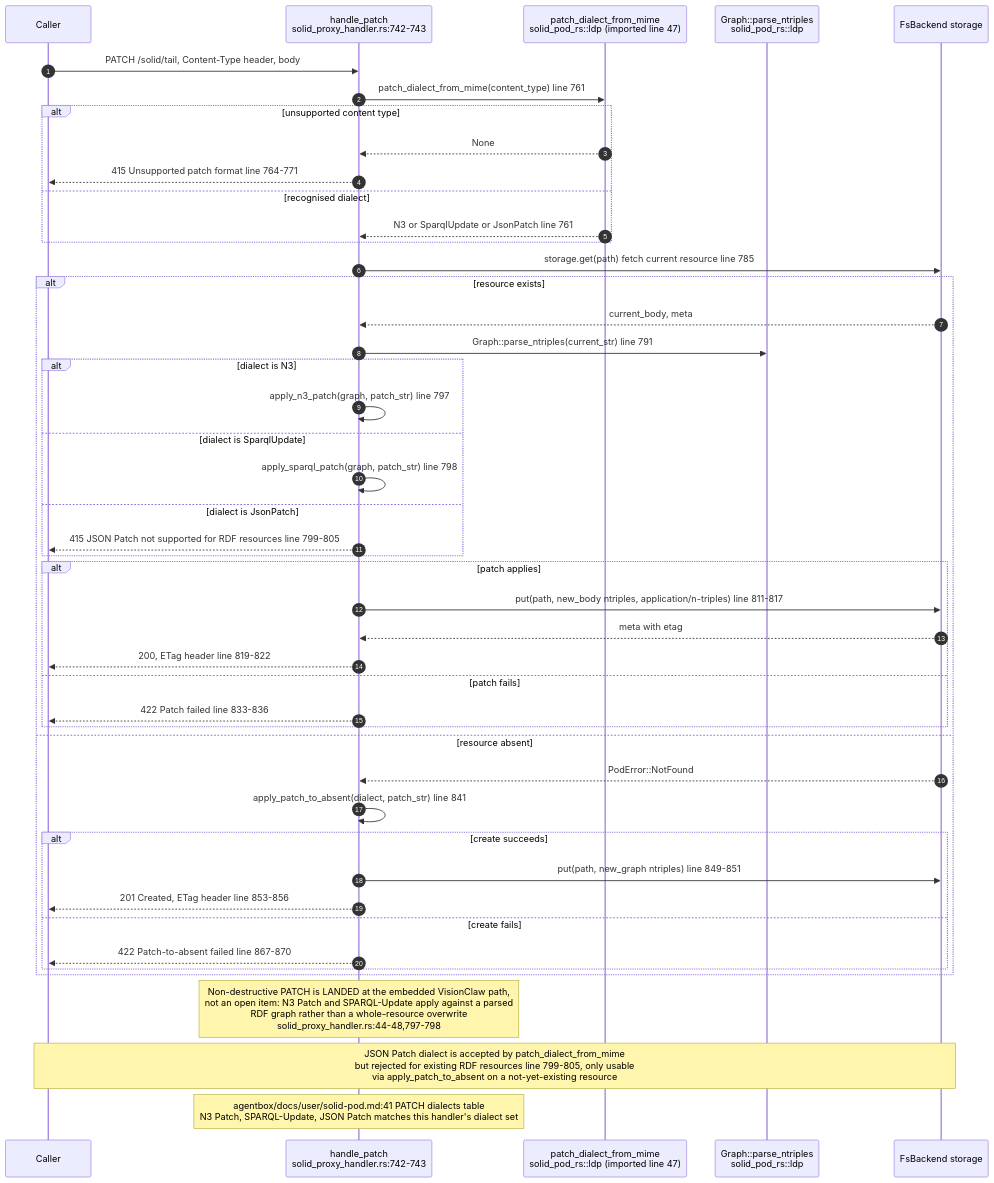
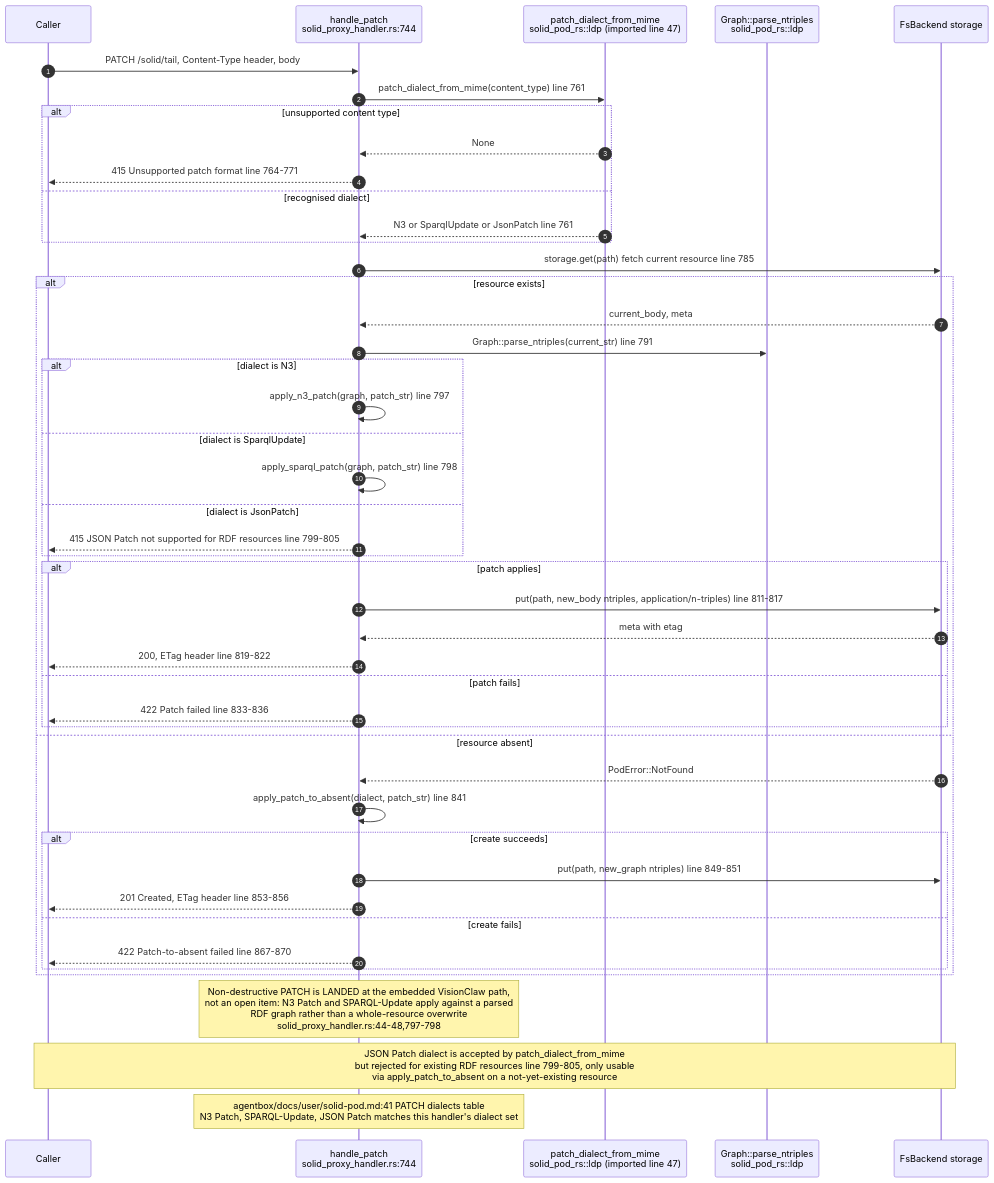
Before and after one commit to DreamLab-AI/VisionFlow: the sixth of 11 diagrams in docs/diagrams/estate/08-solid-pod-estate.md, drawn with Mermaid. The commit also changed other lines of this file and 51 other files, not shown here.

First line of the commit message:
docs(diagrams): agentbox AB-01..13 re-attested anchor by anchor (980 anchors, 22 defects); checkpoint against an out-of-mesh writer

````diff
--- a/docs/diagrams/estate/08-solid-pod-estate.md
+++ b/docs/diagrams/estate/08-solid-pod-estate.md
@@ -252,51 +254,51 @@
 ```mermaid
 sequenceDiagram
     autonumber
     participant C as Caller
-    participant H as handle_patch<br/>solid_proxy_handler.rs:742-743
+    participant H as handle_patch<br/>solid_proxy_handler.rs:744
     participant D as patch_dialect_from_mime<br/>solid_pod_rs::ldp (imported line 47)
     participant G as Graph::parse_ntriples<br/>solid_pod_rs::ldp
     participant FS as FsBackend storage
 
     C->>H: PATCH /solid/tail, Content-Type header, body
     H->>D: patch_dialect_from_mime(content_type) line 761
     alt unsupported content type
         D-->>H: None
         H-->>C: 415 Unsupported patch format line 764-771
     else recognised dialect
         D-->>H: N3 or SparqlUpdate or JsonPatch line 761
     end
 
     H->>FS: storage.get(path) fetch current resource line 785
     alt resource exists
         FS-->>H: current_body, meta
         H->>G: Graph::parse_ntriples(current_str) line 791
         alt dialect is N3
             H->>H: apply_n3_patch(graph, patch_str) line 797
         else dialect is SparqlUpdate
             H->>H: apply_sparql_patch(graph, patch_str) line 798
         else dialect is JsonPatch
             H-->>C: 415 JSON Patch not supported for RDF resources line 799-805
         end
         alt patch applies
             H->>FS: put(path, new_body ntriples, application/n-triples) line 811-817
             FS-->>H: meta with etag
             H-->>C: 200, ETag header line 819-822
         else patch fails
             H-->>C: 422 Patch failed line 833-836
         end
     else resource absent
         FS-->>H: PodError::NotFound
         H->>H: apply_patch_to_absent(dialect, patch_str) line 841
         alt create succeeds
             H->>FS: put(path, new_graph ntriples) line 849-851
             H-->>C: 201 Created, ETag header line 853-856
         else create fails
             H-->>C: 422 Patch-to-absent failed line 867-870
         end
     end
 
     Note over H: Non-destructive PATCH is LANDED at the embedded VisionClaw path,<br/>not an open item: N3 Patch and SPARQL-Update apply against a parsed<br/>RDF graph rather than a whole-resource overwrite<br/>solid_proxy_handler.rs:44-48,797-798
     Note over C,FS: JSON Patch dialect is accepted by patch_dialect_from_mime<br/>but rejected for existing RDF resources line 799-805, only usable<br/>via apply_patch_to_absent on a not-yet-existing resource
     Note over H: agentbox/docs/user/solid-pod.md:41 PATCH dialects table<br/>N3 Patch, SPARQL-Update, JSON Patch matches this handler's dialect set
 ```
````
